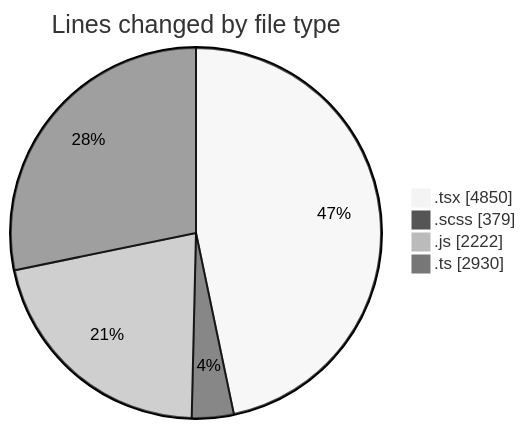
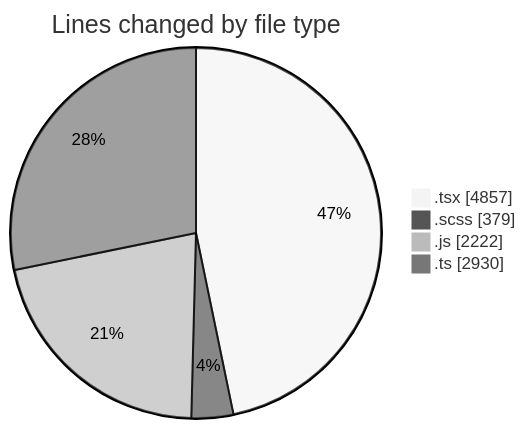
One commit to momahboobian/code-tracking changed the first of 2 diagrams in 2026-06-17/cda/README.md. Above: the diagram before and after it, drawn with Mermaid (neutral theme). The commit also changed other lines of this file and 1 other file, not shown here.

````diff
--- a/2026-06-17/cda/README.md
+++ b/2026-06-17/cda/README.md
@@ -60,8 +60,8 @@
 ```mermaid
 pie showData
 title Lines changed by file type
-".tsx" : 4850
+".tsx" : 4857
 ".scss" : 379
 ".js" : 2222
 ".ts" : 2930
 ```
````
